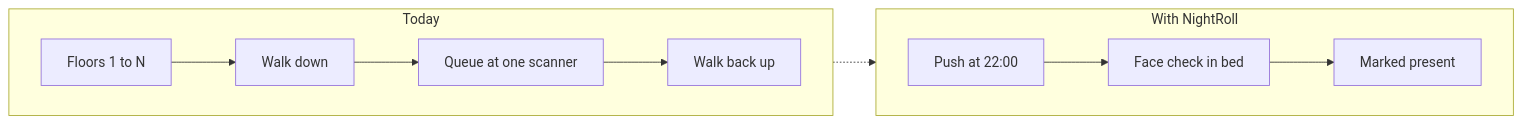
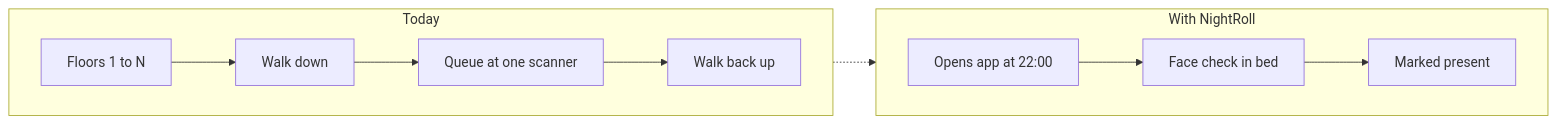
The first of 14 diagrams in README.md (Rahul-8283/NightRoll), drawn with Mermaid before and after one commit. The commit also changed other lines of this file and 14 other files, not shown here.

Commit message:
docs: replace Firebase push with open-app model across docs and phases

````diff
--- a/README.md
+++ b/README.md
@@ -63,12 +63,12 @@
 ```mermaid
 flowchart LR
     subgraph Before["Today"]
         direction LR
         A1["Floors 1 to N"] --> A2["Walk down"] --> A3["Queue at one scanner"] --> A4["Walk back up"]
     end
     subgraph After["With NightRoll"]
         direction LR
-        B1["Push at 22:00"] --> B2["Face check in bed"] --> B3["Marked present"]
+        B1["Opens app at 22:00"] --> B2["Face check in bed"] --> B3["Marked present"]
     end
     Before -.-> After
 ```
````
